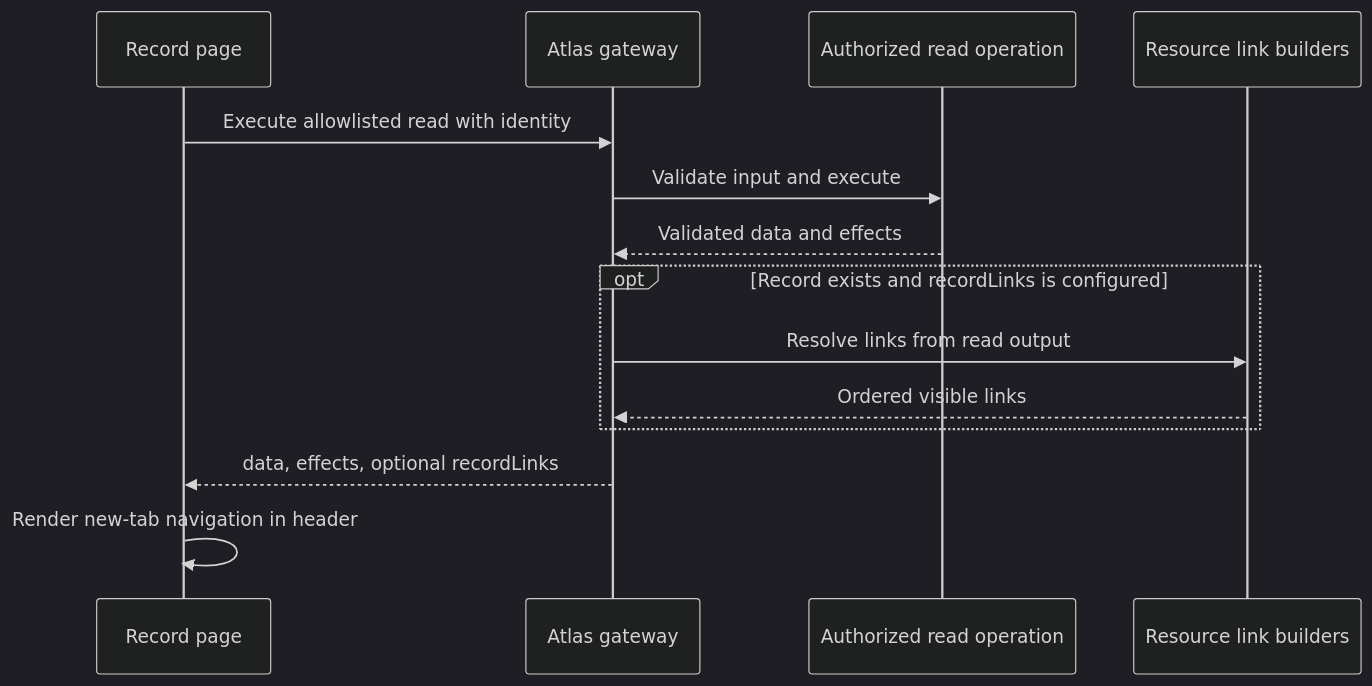
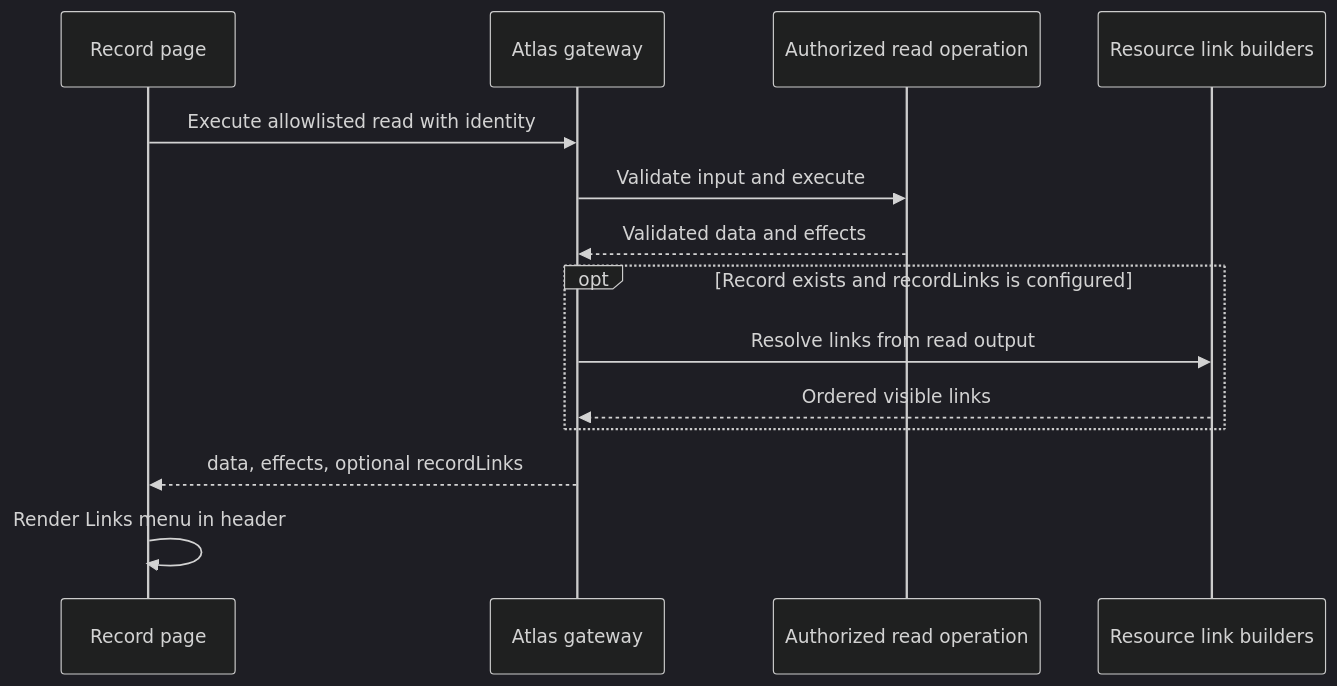
The fourth of 6 diagrams in docs/implementation/atlas.md (antarestupin/kestrel-framework), drawn with Mermaid (dark theme) before and after one commit. The commit also changed other lines of this file and 4 other files, not shown here.

Commit message:
fix(atlas): group record links in a scrollable menu

````diff
--- a/docs/implementation/atlas.md
+++ b/docs/implementation/atlas.md
@@ -810,16 +810,16 @@
 ```mermaid
 sequenceDiagram
   participant UI as Record page
   participant Gateway as Atlas gateway
   participant Read as Authorized read operation
   participant Builder as Resource link builders
   UI->>Gateway: Execute allowlisted read with identity
   Gateway->>Read: Validate input and execute
   Read-->>Gateway: Validated data and effects
   opt Record exists and recordLinks is configured
     Gateway->>Builder: Resolve links from read output
     Builder-->>Gateway: Ordered visible links
   end
   Gateway-->>UI: data, effects, optional recordLinks
-  UI->>UI: Render new-tab navigation in header
+  UI->>UI: Render Links menu in header
 ```
````
